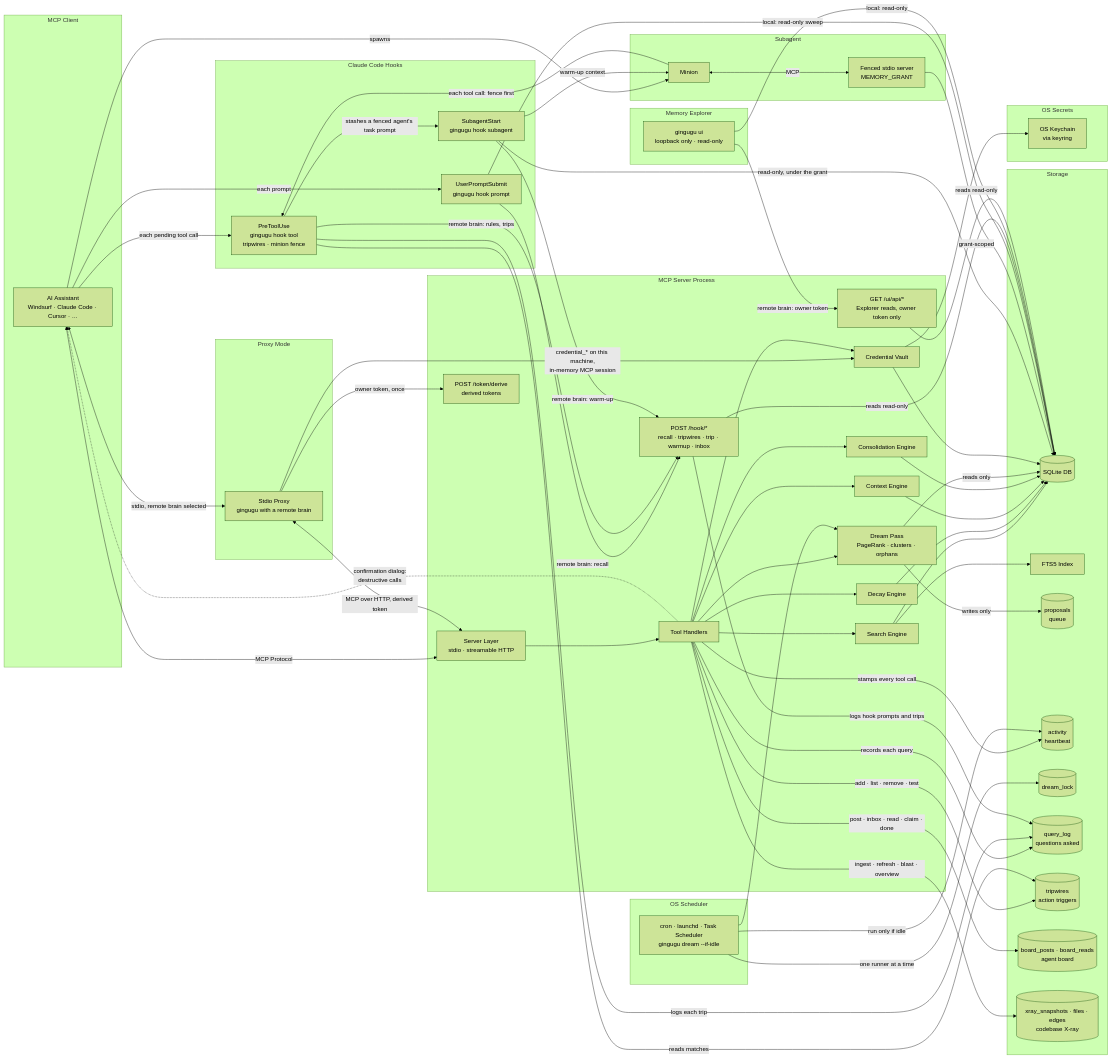
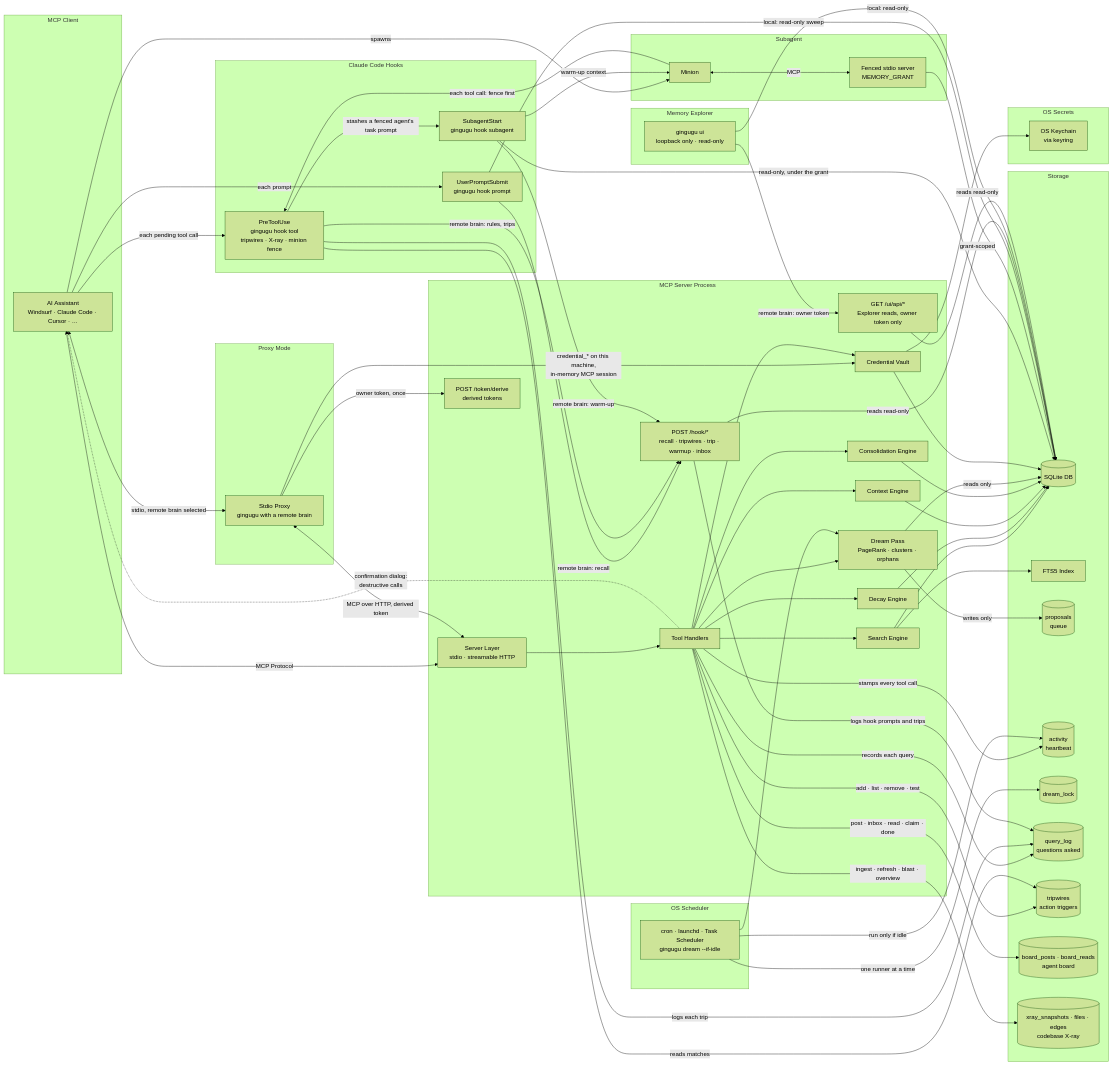
The first of 2 diagrams in docs/architecture.md (gingugu/gingugu), drawn with Mermaid (forest theme) before and after one commit. The commit also changed other lines of this file and 9 other files, not shown here.

First line of the commit message:
docs: X2 X-ray edit tripwire across .ai, README, CHANGELOG, architecture

```diff
--- a/docs/architecture.md
+++ b/docs/architecture.md
@@ -63,7 +63,7 @@
 
     subgraph Claude Code Hooks
         PH[UserPromptSubmit<br/>gingugu hook prompt]
-        Y[PreToolUse<br/>gingugu hook tool<br/>tripwires · minion fence]
+        Y[PreToolUse<br/>gingugu hook tool<br/>tripwires · X-ray · minion fence]
         Z[SubagentStart<br/>gingugu hook subagent]
     end
 
```
